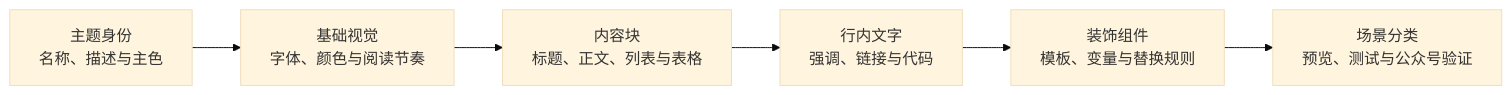
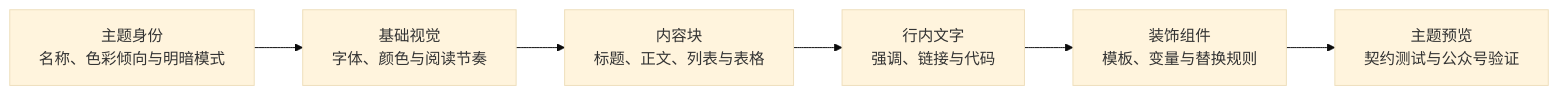
Before and after one commit to JeasonKim/moyu-typeset: the second of 2 diagrams in README.md, drawn with Mermaid (base theme). The commit also changed other lines of this file and 39 other files, not shown here.

````diff
--- a/README.md
+++ b/README.md
@@ -137,8 +141,8 @@
 ```mermaid
 flowchart LR
-  A[主题身份<br/>名称、描述与主色] --> B[基础视觉<br/>字体、颜色与阅读节奏]
+  A[主题身份<br/>名称、色彩倾向与明暗模式] --> B[基础视觉<br/>字体、颜色与阅读节奏]
   B --> C[内容块<br/>标题、正文、列表与表格]
   C --> D[行内文字<br/>强调、链接与代码]
   D --> E[装饰组件<br/>模板、变量与替换规则]
-  E --> F[场景分类<br/>预览、测试与公众号验证]
+  E --> F[主题预览<br/>契约测试与公众号验证]
 ```
````
